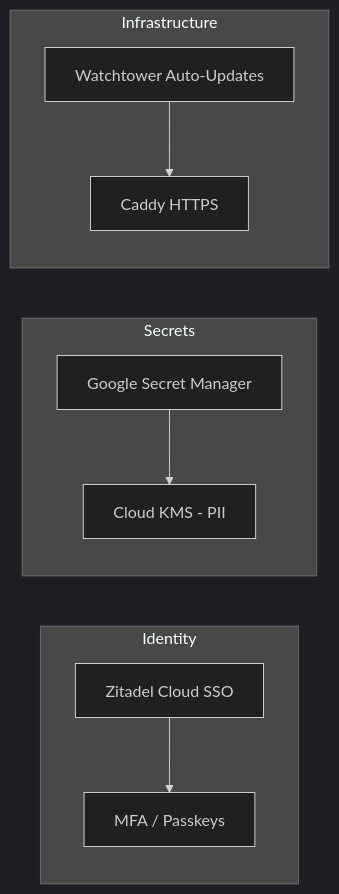
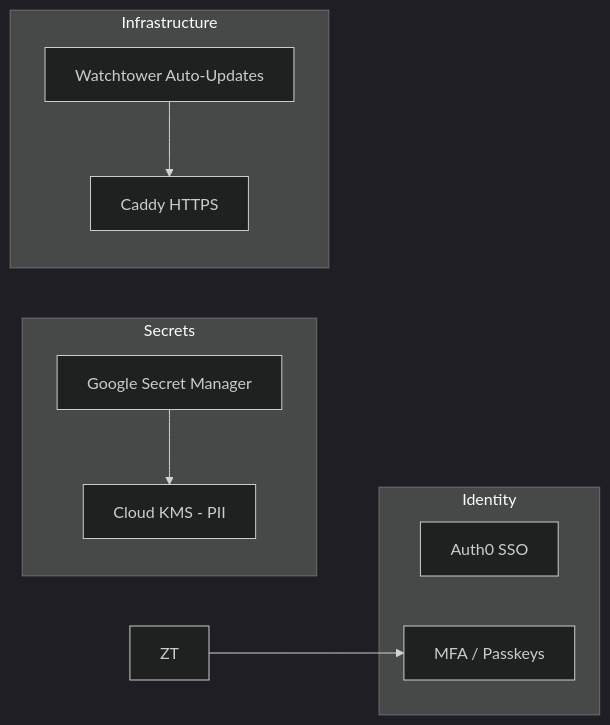
Before and after one commit to Pinpoint-311/Pinpoint-311: the third of 3 diagrams in README.md, drawn with Mermaid (dark theme). The commit also changed other lines of this file and 1 other file, not shown here.

First line of the commit message:
Update docs: Auth0 migration + dynamic security badges

````diff
--- a/README.md
+++ b/README.md
@@ -154,21 +160,21 @@
 ```mermaid
 graph LR
     subgraph "Identity"
-        ZT[Zitadel Cloud SSO]
+        A0[Auth0 SSO]
         MFA[MFA / Passkeys]
     end
 
     subgraph "Secrets"
         GSM[Google Secret Manager]
         KMS[Cloud KMS - PII]
     end
 
     subgraph "Infrastructure"
         WT[Watchtower Auto-Updates]
         CD[Caddy HTTPS]
     end
 
     ZT --> MFA
     GSM --> KMS
     WT --> CD
 ```
````
